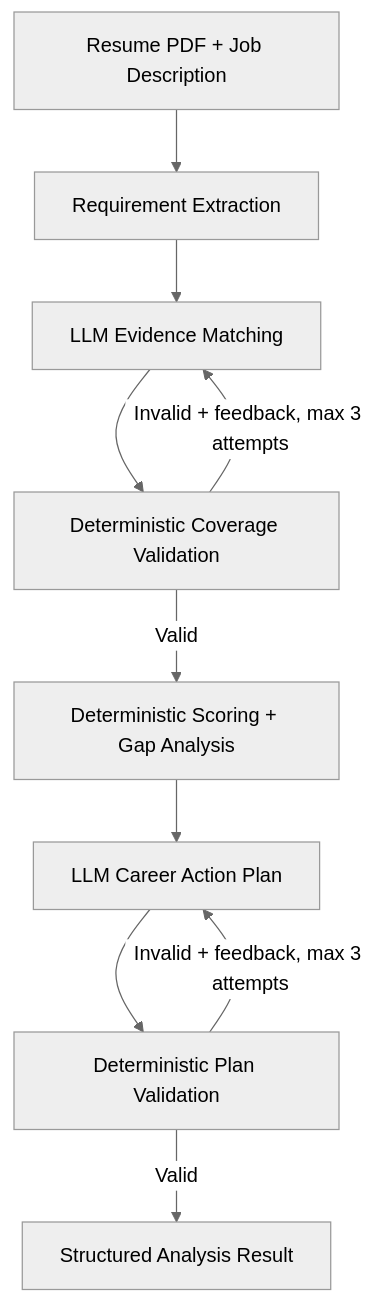
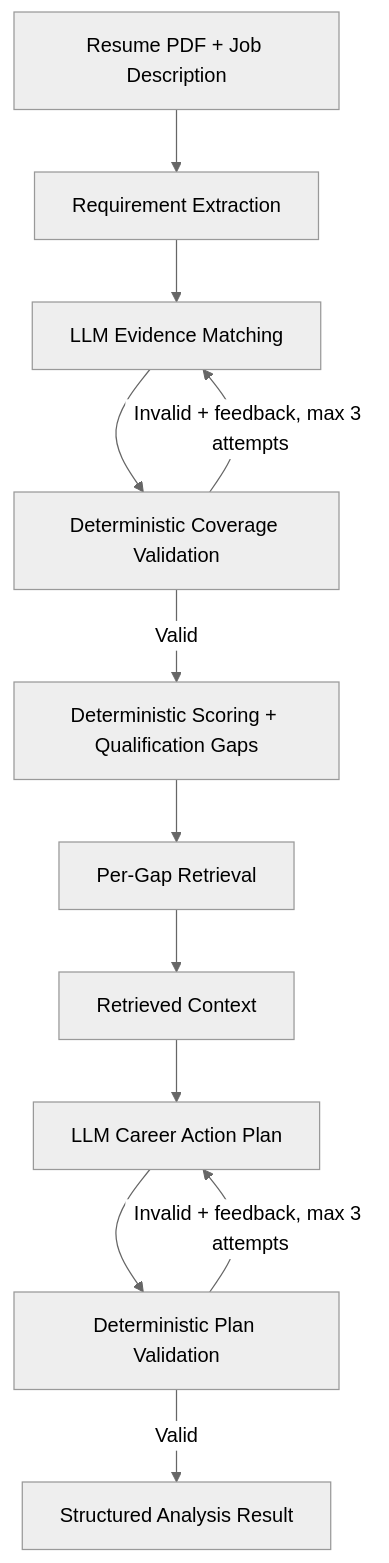
Before and after one commit to JerryYWChen/careerpilot: the diagram in README.md, drawn with Mermaid (neutral theme). The commit also changed other lines of this file, not shown here.

Commit message:
Add RAG-grounded career planning pipeline

````diff
--- a/README.md
+++ b/README.md
@@ -16,12 +16,14 @@
 ```mermaid
 flowchart TD
     A[Resume PDF + Job Description] --> B[Requirement Extraction]
     B --> C[LLM Evidence Matching]
     C --> D[Deterministic Coverage Validation]
     D -- Invalid + feedback, max 3 attempts --> C
-    D -- Valid --> E[Deterministic Scoring + Gap Analysis]
-    E --> F[LLM Career Action Plan]
-    F --> G[Deterministic Plan Validation]
-    G -- Invalid + feedback, max 3 attempts --> F
-    G -- Valid --> H[Structured Analysis Result]
+    D -- Valid --> E[Deterministic Scoring + Qualification Gaps]
+    E --> F[Per-Gap Retrieval]
+    F --> G[Retrieved Context]
+    G --> H[LLM Career Action Plan]
+    H --> I[Deterministic Plan Validation]
+    I -- Invalid + feedback, max 3 attempts --> H
+    I -- Valid --> J[Structured Analysis Result]
 ```
````
